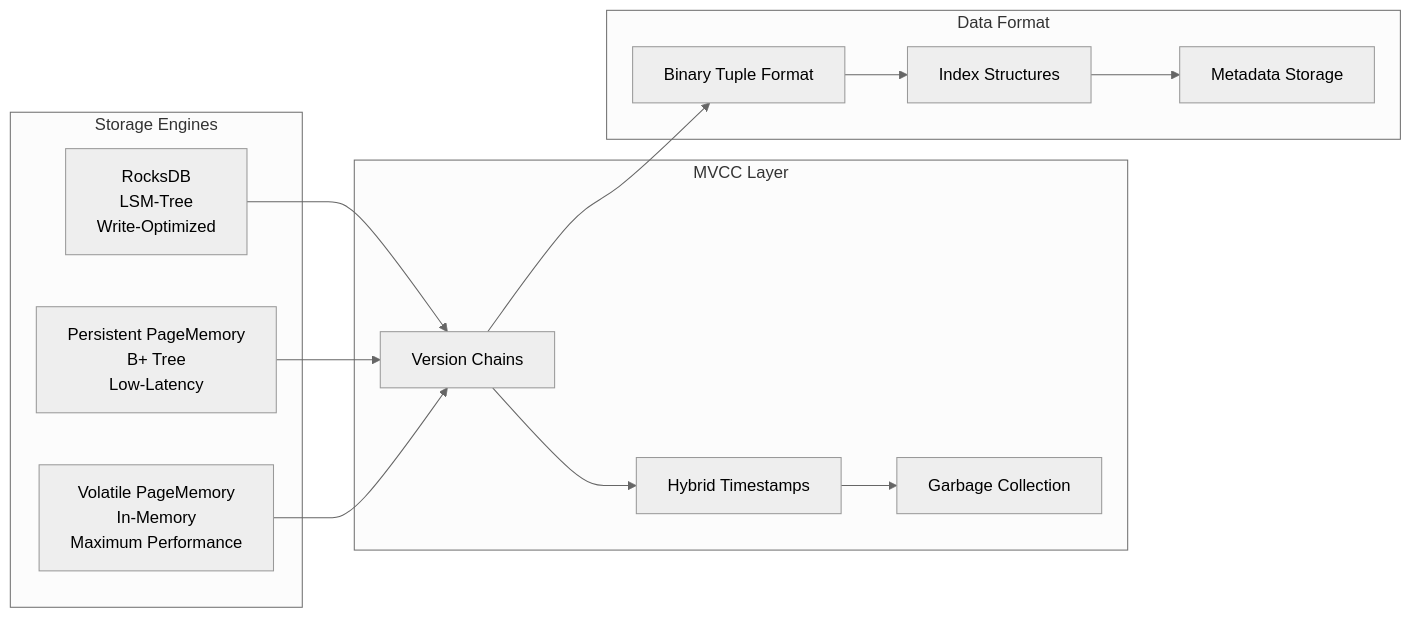
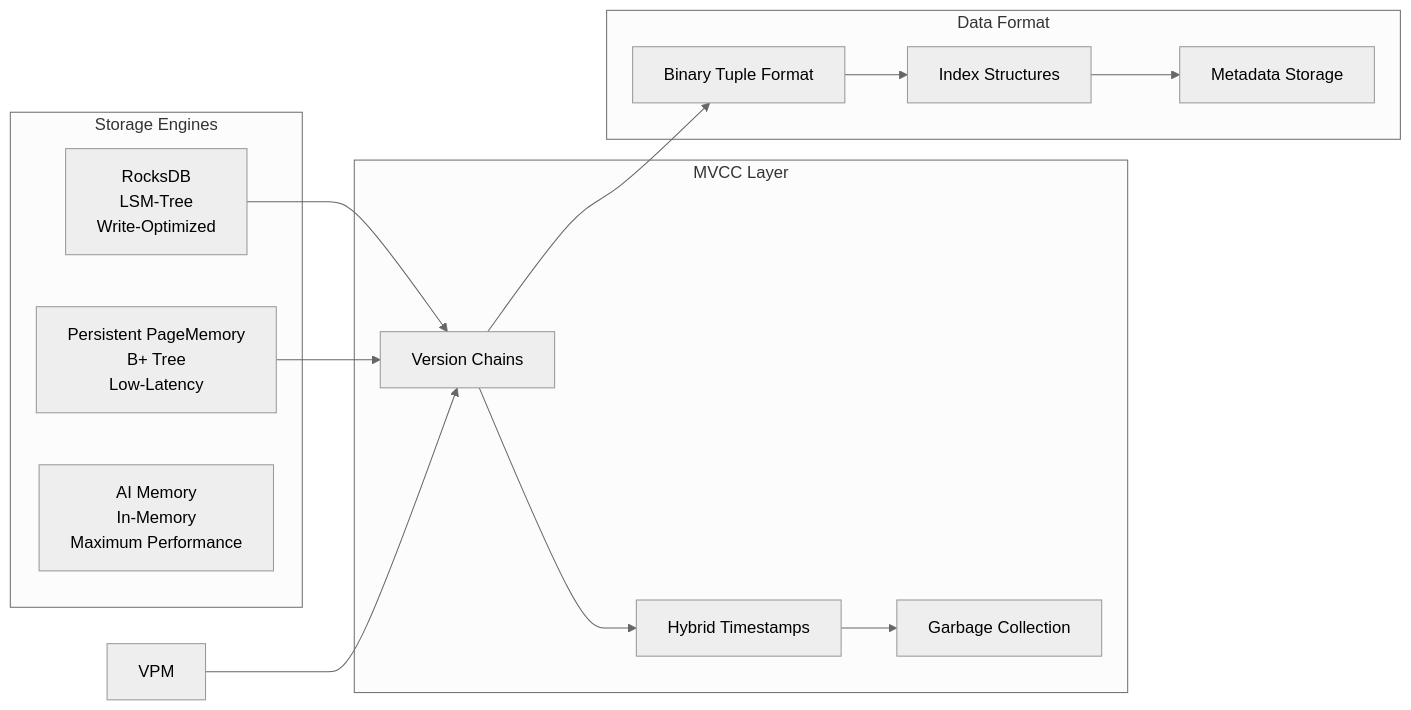
The second of 3 diagrams in docs/00-reference/TECHNICAL_FEATURES.md (maglietti/ignite3-java-api-primer), drawn with Mermaid (neutral theme) before and after one commit. The commit also changed other lines of this file and 2 other files, not shown here.

````diff
--- a/docs/00-reference/TECHNICAL_FEATURES.md
+++ b/docs/00-reference/TECHNICAL_FEATURES.md
@@ -101,31 +101,31 @@
 ```mermaid
 graph LR
     subgraph "Storage Engines"
         RDB[RocksDB<br/>LSM-Tree<br/>Write-Optimized]
         PPM[Persistent PageMemory<br/>B+ Tree<br/>Low-Latency]
-        VPM[Volatile PageMemory<br/>In-Memory<br/>Maximum Performance]
+        AME[AI Memory<br/>In-Memory<br/>Maximum Performance]
     end
     
     subgraph "MVCC Layer"
         VC[Version Chains]
         TS[Hybrid Timestamps]
         GC[Garbage Collection]
     end
     
     subgraph "Data Format"
         BT[Binary Tuple Format]
         IDX[Index Structures]
         META[Metadata Storage]
     end
     
     RDB --> VC
     PPM --> VC
     VPM --> VC
     
     VC --> TS
     TS --> GC
     
     VC --> BT
     BT --> IDX
     IDX --> META
 ```
````
